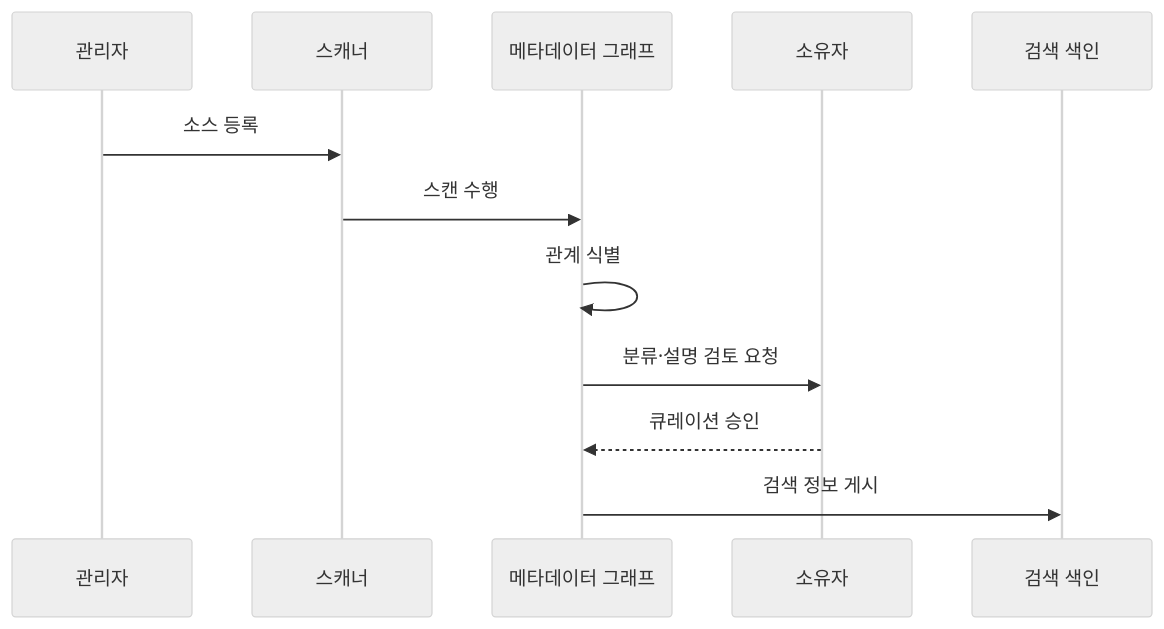
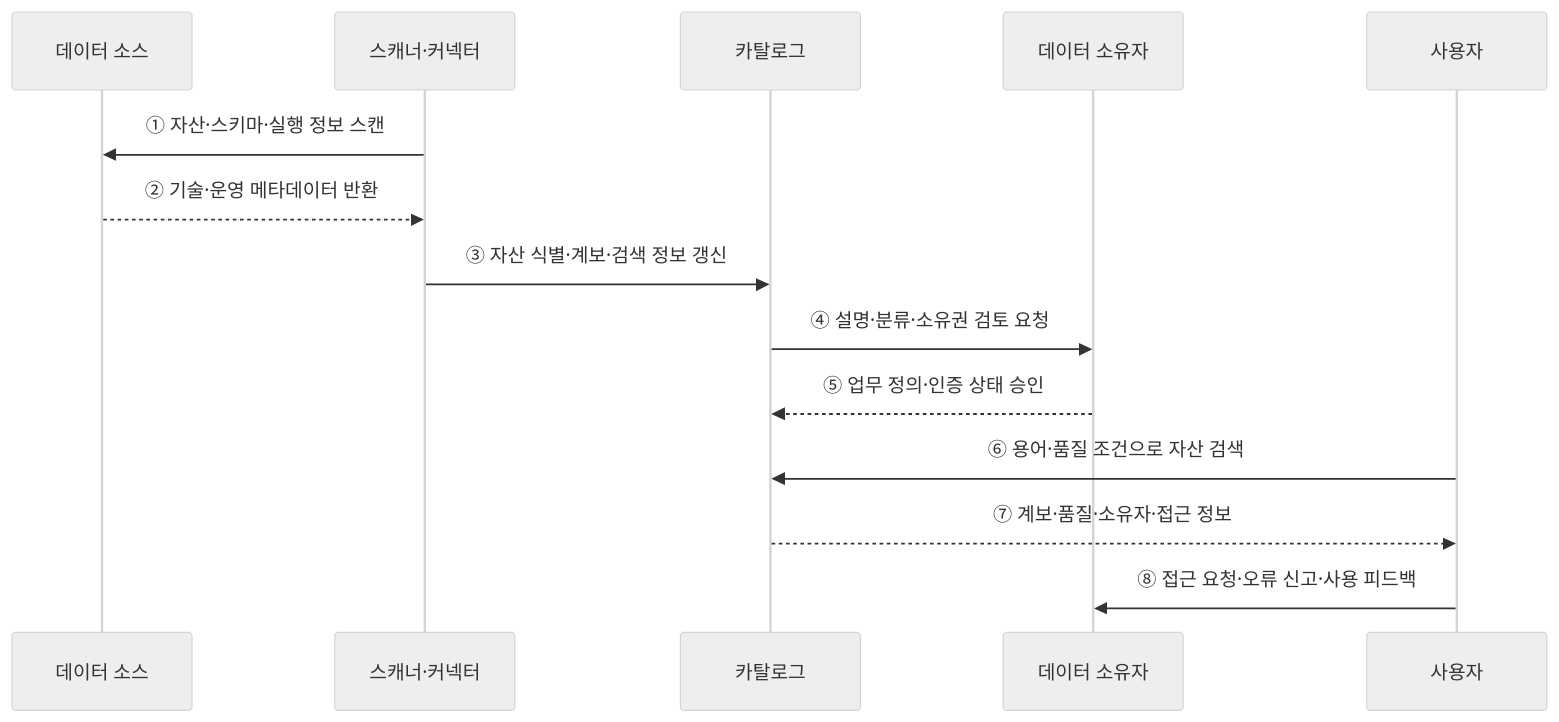
Before and after one commit to agnusdei1207/knowledge-base: the second of 2 diagrams in src/content/docs/notes/03-software/133_data_catalog.md, drawn with Mermaid (neutral theme). The commit also changed other lines of this file and 20 other files, not shown here.

````diff
--- a/src/content/docs/notes/03-software/133_data_catalog.md
+++ b/src/content/docs/notes/03-software/133_data_catalog.md
@@ -81,14 +73,16 @@
 ```mermaid
 sequenceDiagram
-    participant A as 관리자
-    participant C as 스캐너
-    participant M as 메타데이터 그래프
-    participant O as 소유자
-    participant I as 검색 색인
-    A->>C: 소스 등록
-    C->>M: 스캔 수행
-    M->>M: 관계 식별
-    M->>O: 분류·설명 검토 요청
-    O-->>M: 큐레이션 승인
-    M->>I: 검색 정보 게시
+    participant S as 데이터 소스
+    participant C as 스캐너·커넥터
+    participant M as 카탈로그
+    participant O as 데이터 소유자
+    participant U as 사용자
+    C->>S: ① 자산·스키마·실행 정보 스캔
+    S-->>C: ② 기술·운영 메타데이터 반환
+    C->>M: ③ 자산 식별·계보·검색 정보 갱신
+    M->>O: ④ 설명·분류·소유권 검토 요청
+    O-->>M: ⑤ 업무 정의·인증 상태 승인
+    U->>M: ⑥ 용어·품질 조건으로 자산 검색
+    M-->>U: ⑦ 계보·품질·소유자·접근 정보
+    U->>O: ⑧ 접근 요청·오류 신고·사용 피드백
 ```
````
